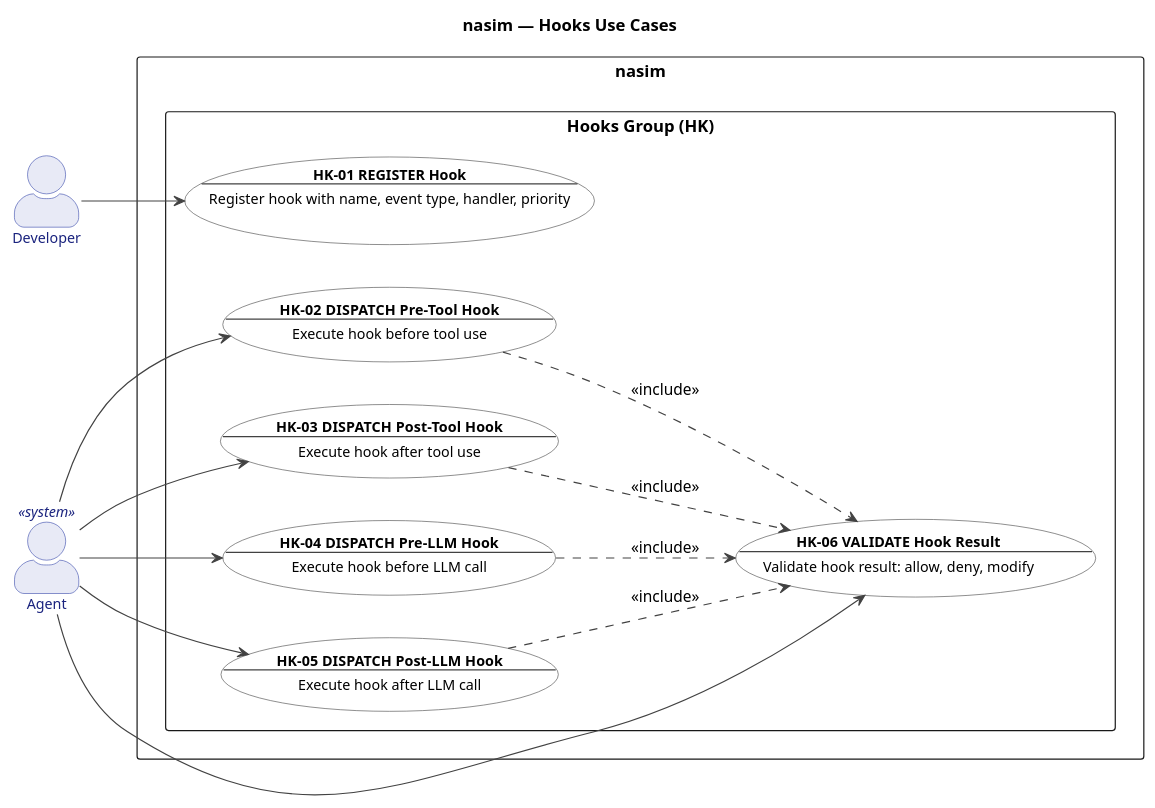
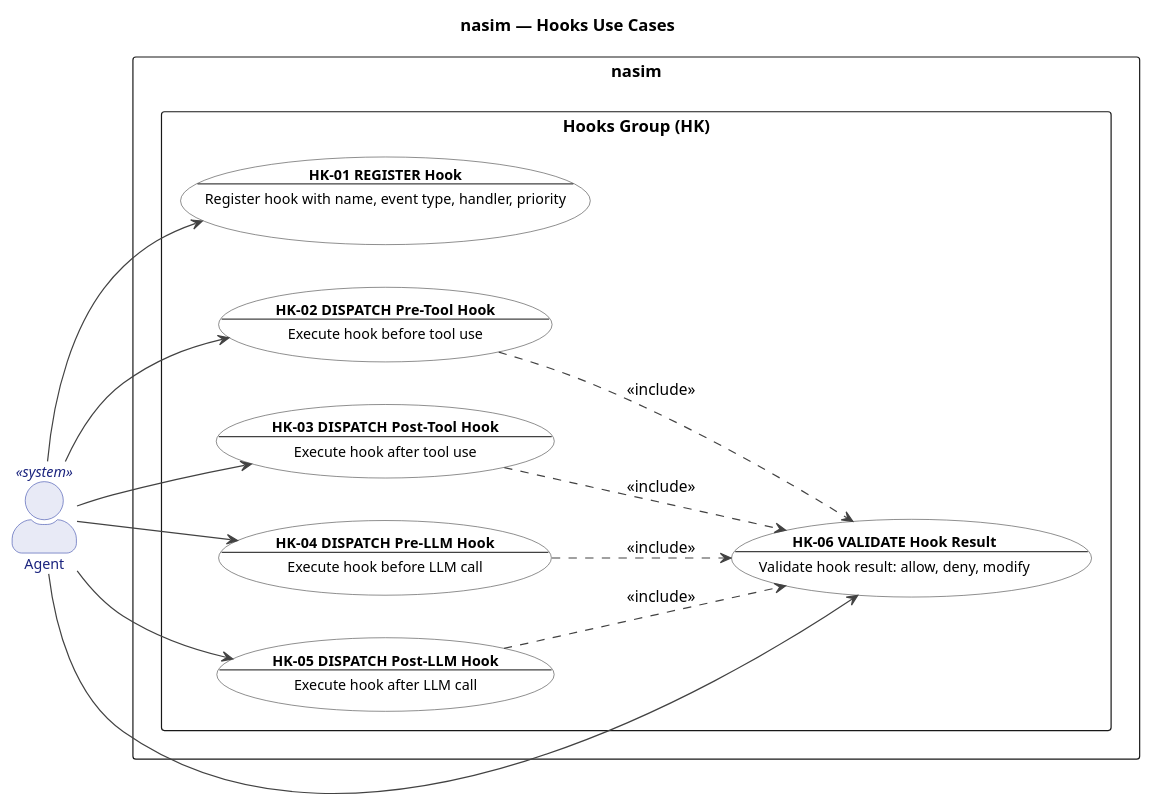
One commit to salimnamvar/nasim changed diagram 16 of 22 in UC.md. Above: the diagram before and after it, drawn with PlantUML. The commit also changed other lines of this file and 9 other files, not shown here.

```diff
--- a/UC.md
+++ b/UC.md
@@ -1556,78 +1582,77 @@
 @startuml uc_hooks
 
 ' ============================================================
 ' Title:     nasim — UC: Hooks Group
 ' Group:     HK (Hooks)
 ' Boundary:  nasim code agent
 ' Purpose:   Pre/post hooks for tool use and LLM calls
 ' Milestone: v1.0
 ' Version:   6.0.0
 ' Source:    docs/ENTITIES.md
 ' Review:    docs/audit/audit.2026.06.20.uc-layer.car.md
 ' ============================================================
 
 left to right direction
 
 title nasim — Hooks Use Cases
 
 skinparam actorStyle awesome
 skinparam packageStyle rectangle
 
 skinparam usecase {
   BackgroundColor #FFFFFF
   BorderColor #424242
   FontColor #000000
   ArrowColor #424242
   FontSize 12
 }
 
 skinparam actor {
   BackgroundColor #E8EAF6
   BorderColor #3949AB
   FontColor #1A237E
   FontSize 12
 }
 
 ' ============================================================
 ' Actors
 ' ============================================================
 
-actor "Developer" as Developer
 actor "Agent" as Agent <<system>>
 
 ' ============================================================
 ' System Boundary
 ' ============================================================
 
 rectangle "nasim" {
   package "Hooks Group (HK)" {
     usecase "**HK-01 REGISTER Hook**\n--\nRegister hook with name, event type, handler, priority" as HK01
     usecase "**HK-02 DISPATCH Pre-Tool Hook**\n--\nExecute hook before tool use" as HK02
     usecase "**HK-03 DISPATCH Post-Tool Hook**\n--\nExecute hook after tool use" as HK03
     usecase "**HK-04 DISPATCH Pre-LLM Hook**\n--\nExecute hook before LLM call" as HK04
     usecase "**HK-05 DISPATCH Post-LLM Hook**\n--\nExecute hook after LLM call" as HK05
     usecase "**HK-06 VALIDATE Hook Result**\n--\nValidate hook result: allow, deny, modify" as HK06
   }
 }
 
 ' ============================================================
 ' Actor -> Use Case Associations
 ' ============================================================
 
-Developer --> HK01
+Agent --> HK01
 Agent --> HK02
 Agent --> HK03
 Agent --> HK04
 Agent --> HK05
 Agent --> HK06
 
 ' ============================================================
 ' Relationships
 ' ============================================================
 
 HK02 ..> HK06 : <<include>>
 HK03 ..> HK06 : <<include>>
 HK04 ..> HK06 : <<include>>
 HK05 ..> HK06 : <<include>>
 
 @enduml
```
